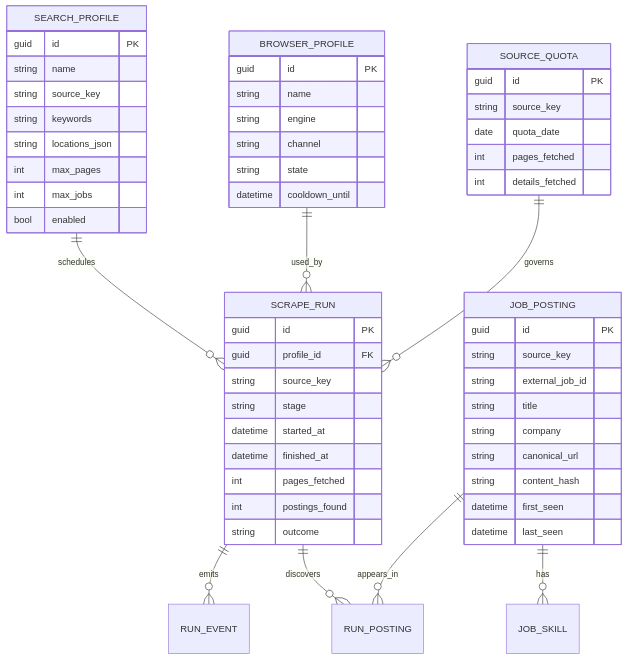
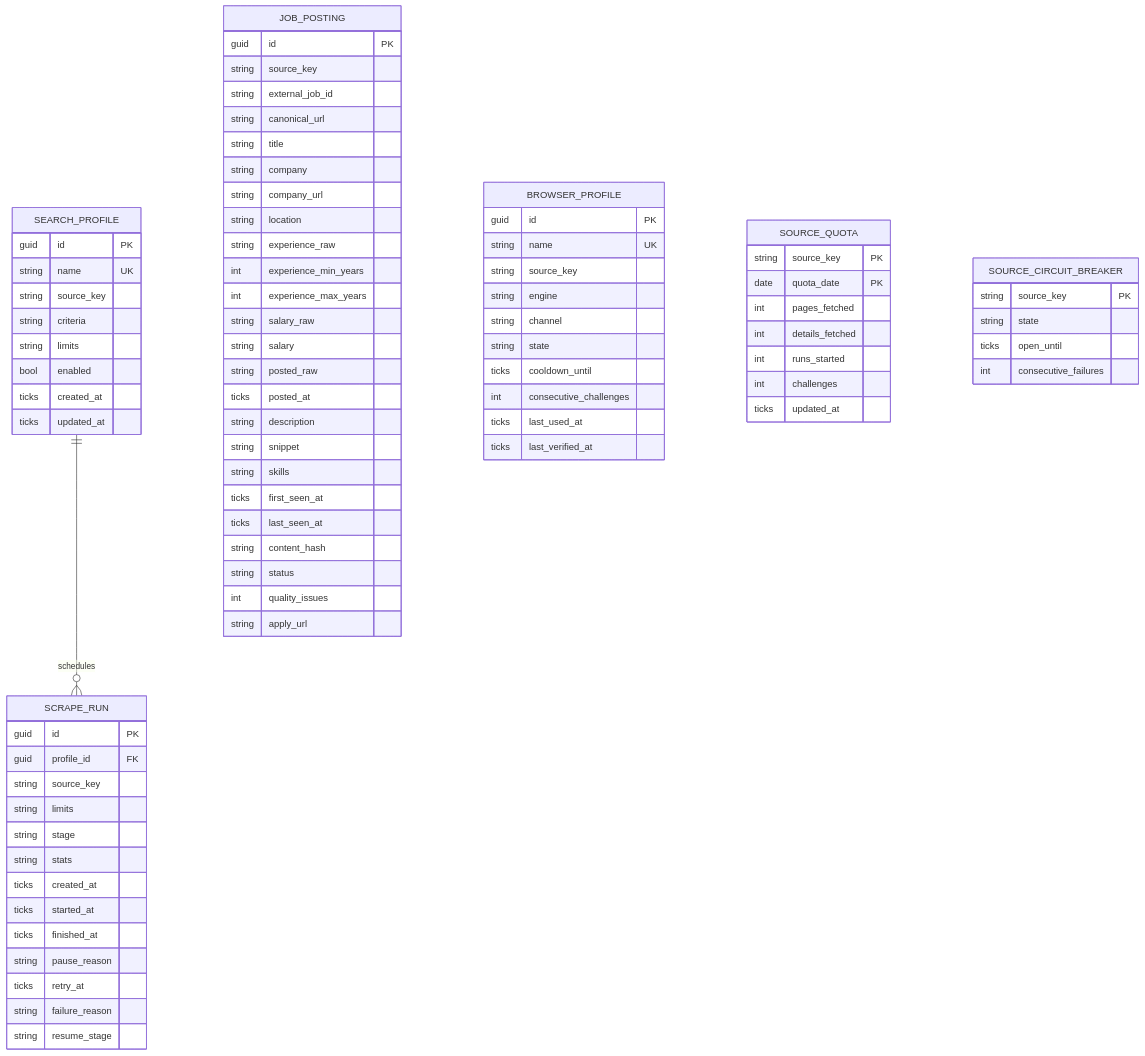
One commit to AslamNazeerShaikh/PlaywrightDotNet changed the ninth of 10 diagrams in docs/02-architecture.md. Above: the diagram before and after it, drawn with Mermaid. The commit also changed other lines of this file and 3 other files, not shown here.

First line of the commit message:
docs: ground architecture docs in the implemented codebase with verified mermaid

````diff
--- a/docs/02-architecture.md
+++ b/docs/02-architecture.md
@@ -560,58 +617,83 @@
 ```mermaid
 erDiagram
     SEARCH_PROFILE ||--o{ SCRAPE_RUN : schedules
-    SCRAPE_RUN ||--o{ RUN_EVENT : emits
-    SCRAPE_RUN ||--o{ RUN_POSTING : discovers
-    JOB_POSTING ||--o{ RUN_POSTING : appears_in
-    JOB_POSTING ||--o{ JOB_SKILL : has
-    BROWSER_PROFILE ||--o{ SCRAPE_RUN : used_by
-    SOURCE_QUOTA ||--o{ SCRAPE_RUN : governs
 
     SEARCH_PROFILE {
         guid id PK
-        string name
+        string name UK
         string source_key
-        string keywords
-        string locations_json
-        int max_pages
-        int max_jobs
+        string criteria
+        string limits
         bool enabled
+        ticks created_at
+        ticks updated_at
     }
     SCRAPE_RUN {
         guid id PK
         guid profile_id FK
         string source_key
+        string limits
         string stage
-        datetime started_at
-        datetime finished_at
-        int pages_fetched
-        int postings_found
-        string outcome
+        string stats
+        ticks created_at
+        ticks started_at
+        ticks finished_at
+        string pause_reason
+        ticks retry_at
+        string failure_reason
+        string resume_stage
     }
     JOB_POSTING {
         guid id PK
         string source_key
         string external_job_id
+        string canonical_url
         string title
         string company
-        string canonical_url
+        string company_url
+        string location
+        string experience_raw
+        int experience_min_years
+        int experience_max_years
+        string salary_raw
+        string salary
+        string posted_raw
+        ticks posted_at
+        string description
+        string snippet
+        string skills
+        ticks first_seen_at
+        ticks last_seen_at
         string content_hash
-        datetime first_seen
-        datetime last_seen
+        string status
+        int quality_issues
+        string apply_url
     }
     BROWSER_PROFILE {
         guid id PK
-        string name
+        string name UK
+        string source_key
         string engine
         string channel
         string state
-        datetime cooldown_until
+        ticks cooldown_until
+        int consecutive_challenges
+        ticks last_used_at
+        ticks last_verified_at
     }
     SOURCE_QUOTA {
-        guid id PK
-        string source_key
-        date quota_date
+        string source_key PK
+        date quota_date PK
         int pages_fetched
         int details_fetched
+        int runs_started
+        int challenges
+        ticks updated_at
+    }
+    SOURCE_CIRCUIT_BREAKER {
+        string source_key PK
+        string state
+        ticks open_until
+        int consecutive_failures
     }
 ```
````
